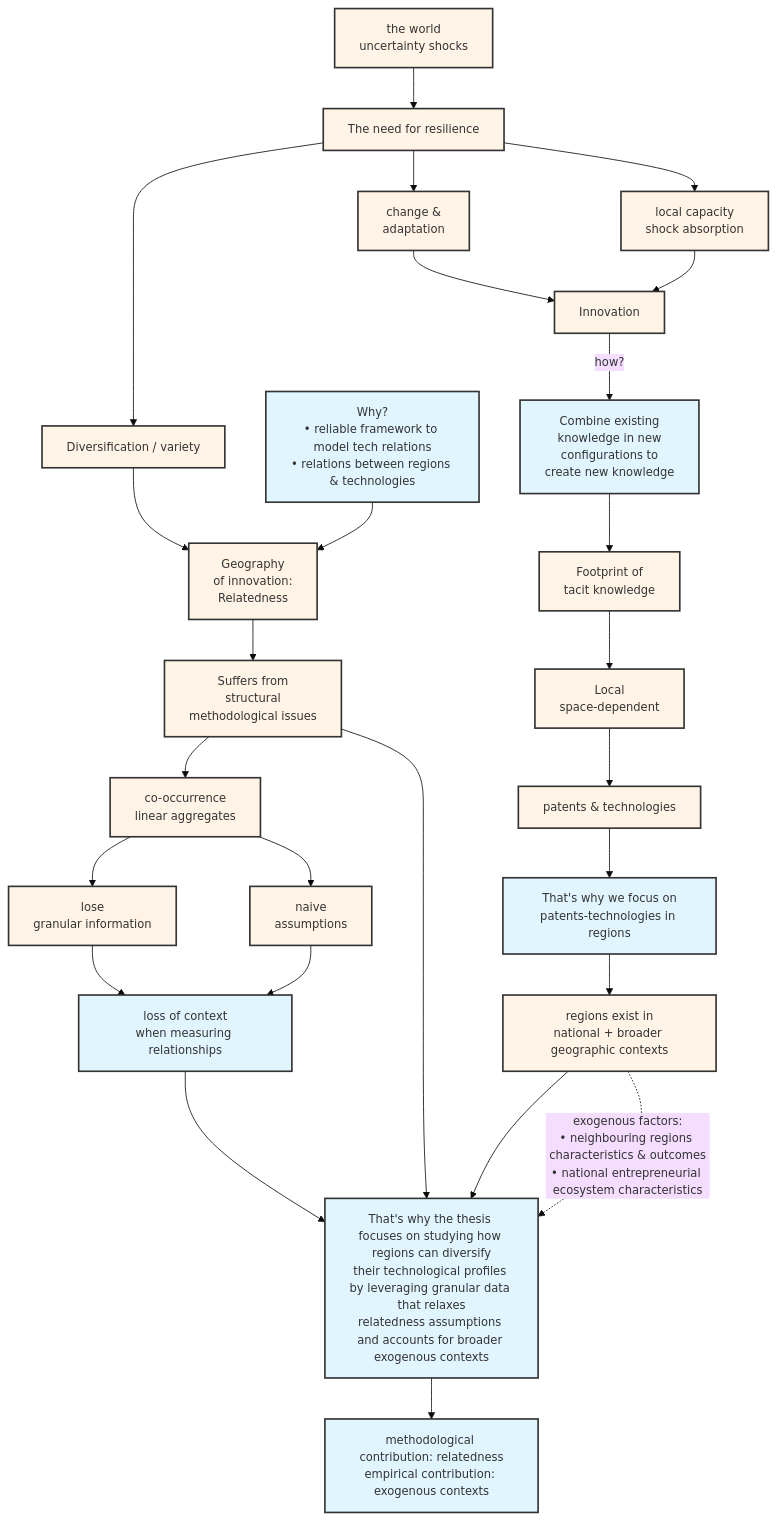
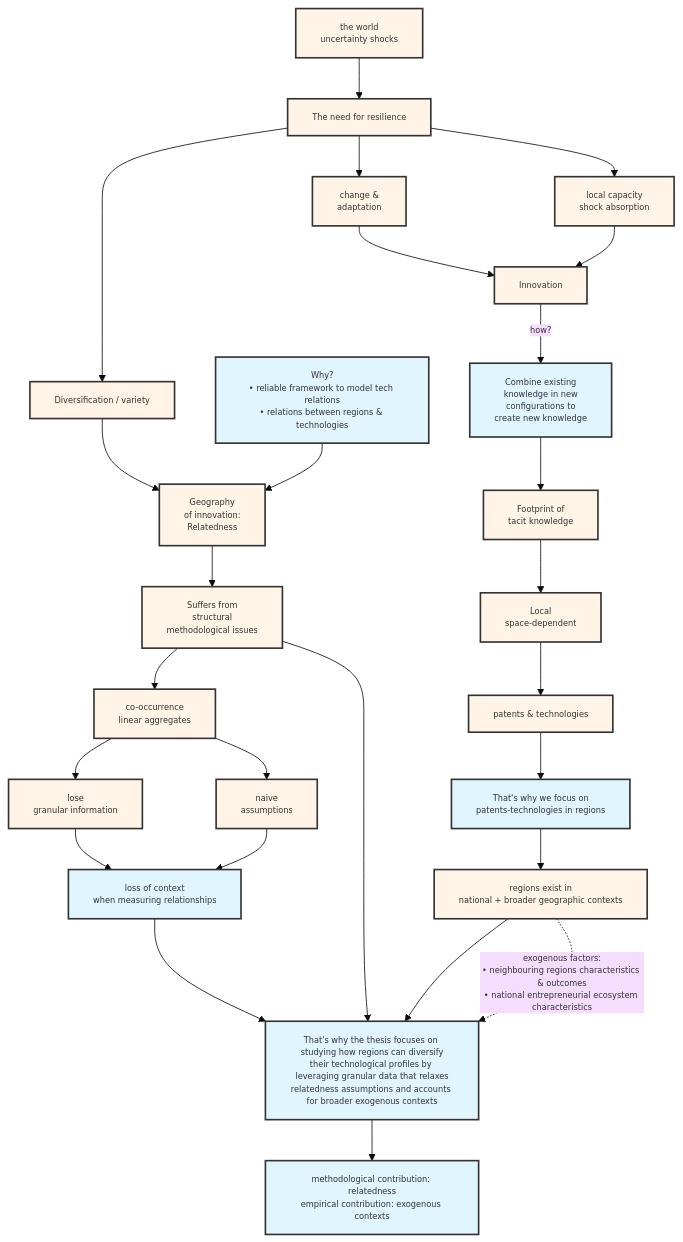
One commit to bennour007/PHD_DISS changed the diagram in intro.qmd. Above: the diagram before and after it, drawn with Mermaid. The commit also changed 39 other files, not shown here.

````diff
--- a/intro.qmd
+++ b/intro.qmd
@@ -61,65 +61,66 @@
 ```{mermaid}
-
-%%{init: {'theme':'base', 'themeVariables': { 'fontSize':'14px'}}}%%
+%%| fig-width: 3
+%%| fig-height: 8
+%%{init: {'theme':'base', 'themeVariables': {'fontSize':'10px'}}}%%
 graph TB
     world[the world<br/>uncertainty shocks]
     relevance[The need for resilience]
     capacity[local capacity<br/>shock absorption]
     change[change &<br/>adaptation]
     innovation[Innovation]
     combine[Combine existing<br/>knowledge in new<br/>configurations to<br/>create new knowledge]
     
     diversification[Diversification / variety]
     relatedness[Geography<br/>of innovation:<br/>Relatedness]
     whyrel[Why?<br/>• reliable framework to model tech relations<br/>• relations between regions & technologies]
     
     footprint[Footprint of<br/>tacit knowledge]
     local[Local<br/>space-dependent]
     products[patents & technologies]
     focusregions[That's why we focus on<br/>patents-technologies in regions]
     regionexist[regions exist in<br/>national + broader geographic contexts]
     
     cooccur[co-occurrence<br/>linear aggregates]
     oneocc[naive<br/>assumptions]
     twoocc[lose<br/>granular information]
     suffer[Suffers from<br/>structural<br/>methodological issues]
     loss[loss of context<br/>when measuring relationships]
     
     thesis[That's why the thesis focuses on studying how regions can diversify<br/>their technological profiles by leveraging granular data that relaxes<br/>relatedness assumptions and accounts for broader exogenous contexts]
     contrib[methodological contribution: relatedness<br/>empirical contribution: exogenous contexts]
     
     world --> relevance
     relevance --> capacity
     relevance --> change
     change --> innovation
     capacity --> innovation
     innovation -->|how?| combine
     relevance --> diversification
     diversification --> relatedness
     whyrel --> relatedness
     
     combine --> footprint
     footprint --> local
     local --> products
     products --> focusregions
     focusregions --> regionexist
     
     relatedness --> suffer
     suffer --> cooccur
     cooccur --> oneocc
     cooccur --> twoocc
     twoocc --> loss
     oneocc --> loss
     
     loss --> thesis
     suffer --> thesis
     regionexist --> thesis
     regionexist -.->|exogenous factors:<br/>• neighbouring regions characteristics & outcomes<br/>• national entrepreneurial ecosystem characteristics| thesis
     thesis --> contrib
     
     classDef boxStyle fill:#e1f5ff,stroke:#333,stroke-width:2px
     classDef ovalStyle fill:#fff4e6,stroke:#333,stroke-width:2px
     class combine,whyrel,focusregions,loss,thesis,contrib boxStyle
     class world,relevance,capacity,change,innovation,diversification,relatedness,footprint,local,products,regionexist,cooccur,oneocc,twoocc,suffer ovalStyle
 
 ```
````
